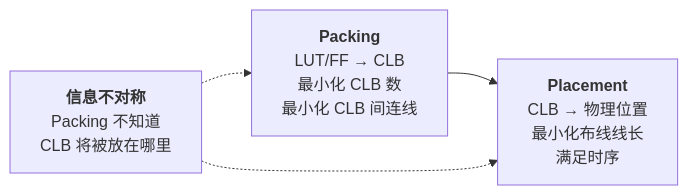
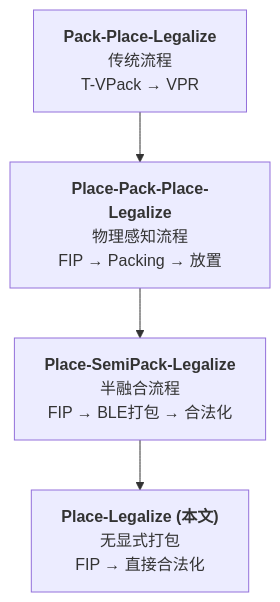
The first of 3 diagrams in paper_analysis/day4_FPGA_Placement_No_Packing.md (Xinyu-lumos/EDA-paper-analysis), drawn with Mermaid before and after one commit. The commit also changed other lines of this file, not shown here.

First line of the commit message:
docs: rewrite Day 4 FPGA placement analysis based on full paper

````diff
--- a/paper_analysis/day4_FPGA_Placement_No_Packing.md
+++ b/paper_analysis/day4_FPGA_Placement_No_Packing.md
@@ -113,9 +45,6 @@
 ```mermaid
-graph LR
-    A["<b>Packing</b><br/>LUT/FF → CLB<br/>最小化 CLB 数<br/>最小化 CLB 间连线"]
-    B["<b>Placement</b><br/>CLB → 物理位置<br/>最小化布线线长<br/>满足时序"]
-    C["<b>信息不对称</b><br/>Packing 不知道<br/>CLB 将被放在哪里"]
-    A --> B
-    C -.-> A
-    C -.-> B
+graph TD
+    A["<b>Pack-Place-Legalize</b><br/>传统流程<br/>T-VPack → VPR"] --> B["<b>Place-Pack-Place-Legalize</b><br/>物理感知流程<br/>FIP → Packing → 放置"]
+    B --> C["<b>Place-SemiPack-Legalize</b><br/>半融合流程<br/>FIP → BLE打包 → 合法化"]
+    C --> D["<b>Place-Legalize (本文)</b><br/>无显式打包<br/>FIP → 直接合法化"]
 ```
````
